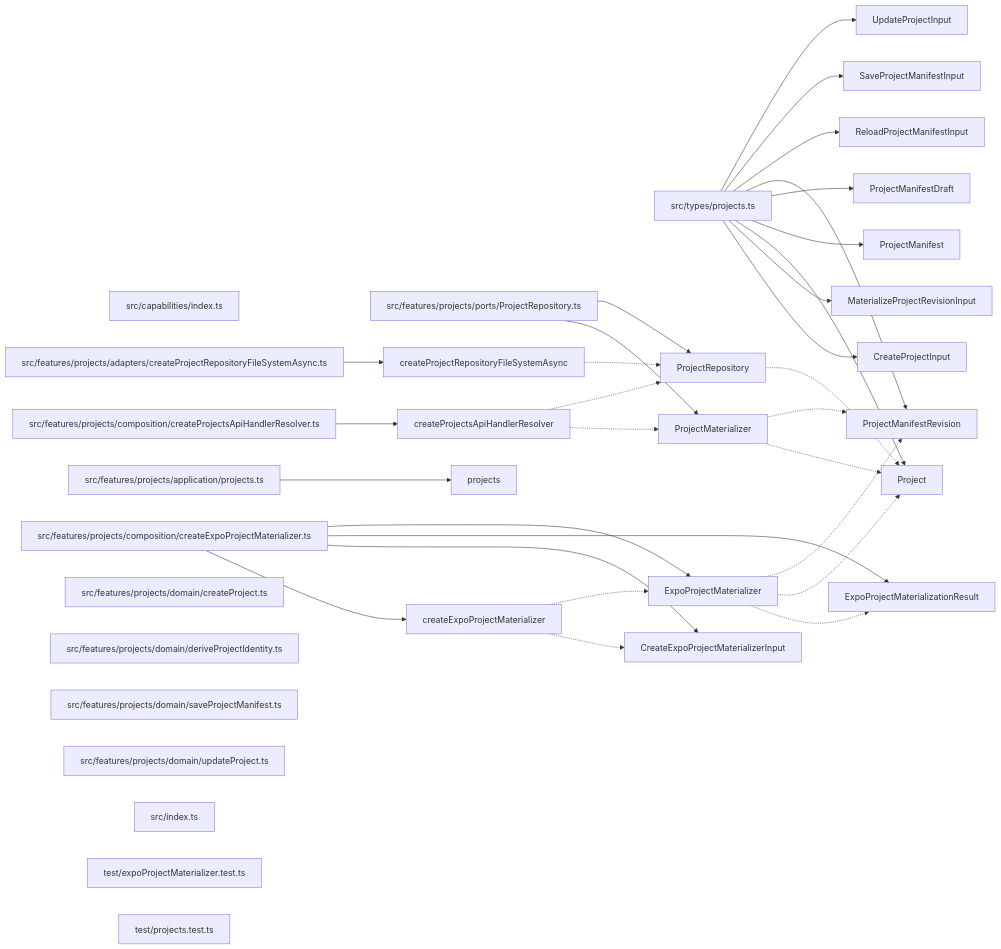
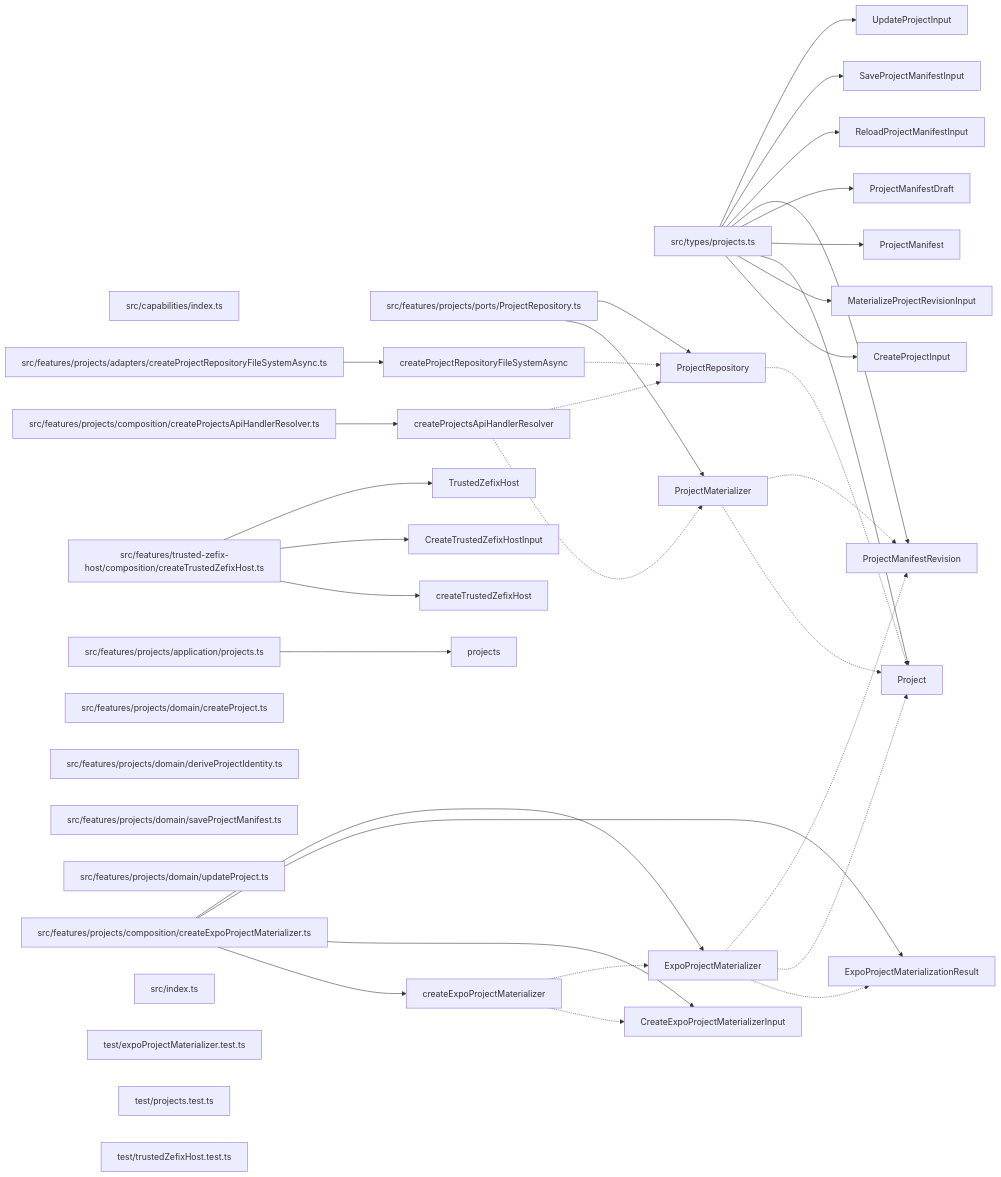
The diagram in paradox/diagrams/export-graph.mmd (ankhorage/projects), drawn with Mermaid before and after one commit. The commit also changed 13 other files, not shown here.

```diff
--- a/paradox/diagrams/export-graph.mmd
+++ b/paradox/diagrams/export-graph.mmd
@@ -1,62 +1,70 @@
 graph LR
   module_src_capabilities_index_ts["src/capabilities/index.ts"]
   module_src_features_projects_adapters_createProjectRepositoryFileSystemAsync_ts["src/features/projects/adapters/createProjectRepositoryFileSystemAsync.ts"]
   module_src_features_projects_application_projects_ts["src/features/projects/application/projects.ts"]
   module_src_features_projects_composition_createExpoProjectMaterializer_ts["src/features/projects/composition/createExpoProjectMaterializer.ts"]
   module_src_features_projects_composition_createProjectsApiHandlerResolver_ts["src/features/projects/composition/createProjectsApiHandlerResolver.ts"]
   module_src_features_projects_domain_createProject_ts["src/features/projects/domain/createProject.ts"]
   module_src_features_projects_domain_deriveProjectIdentity_ts["src/features/projects/domain/deriveProjectIdentity.ts"]
   module_src_features_projects_domain_saveProjectManifest_ts["src/features/projects/domain/saveProjectManifest.ts"]
   module_src_features_projects_domain_updateProject_ts["src/features/projects/domain/updateProject.ts"]
   module_src_features_projects_ports_ProjectRepository_ts["src/features/projects/ports/ProjectRepository.ts"]
+  module_src_features_trusted_zefix_host_composition_createTrustedZefixHost_ts["src/features/trusted-zefix-host/composition/createTrustedZefixHost.ts"]
   module_src_index_ts["src/index.ts"]
   module_src_types_projects_ts["src/types/projects.ts"]
   module_test_expoProjectMaterializer_test_ts["test/expoProjectMaterializer.test.ts"]
   module_test_projects_test_ts["test/projects.test.ts"]
+  module_test_trustedZefixHost_test_ts["test/trustedZefixHost.test.ts"]
   export_createExpoProjectMaterializer["createExpoProjectMaterializer"]
   module_src_features_projects_composition_createExpoProjectMaterializer_ts --> export_createExpoProjectMaterializer
   export_createExpoProjectMaterializer -.-> export_CreateExpoProjectMaterializerInput
   export_createExpoProjectMaterializer -.-> export_ExpoProjectMaterializer
   export_CreateExpoProjectMaterializerInput["CreateExpoProjectMaterializerInput"]
   module_src_features_projects_composition_createExpoProjectMaterializer_ts --> export_CreateExpoProjectMaterializerInput
   export_CreateProjectInput["CreateProjectInput"]
   module_src_types_projects_ts --> export_CreateProjectInput
   export_createProjectRepositoryFileSystemAsync["createProjectRepositoryFileSystemAsync"]
   module_src_features_projects_adapters_createProjectRepositoryFileSystemAsync_ts --> export_createProjectRepositoryFileSystemAsync
   export_createProjectRepositoryFileSystemAsync -.-> export_ProjectRepository
   export_createProjectsApiHandlerResolver["createProjectsApiHandlerResolver"]
   module_src_features_projects_composition_createProjectsApiHandlerResolver_ts --> export_createProjectsApiHandlerResolver
   export_createProjectsApiHandlerResolver -.-> export_ProjectMaterializer
   export_createProjectsApiHandlerResolver -.-> export_ProjectRepository
+  export_createTrustedZefixHost["createTrustedZefixHost"]
+  module_src_features_trusted_zefix_host_composition_createTrustedZefixHost_ts --> export_createTrustedZefixHost
+  export_CreateTrustedZefixHostInput["CreateTrustedZefixHostInput"]
+  module_src_features_trusted_zefix_host_composition_createTrustedZefixHost_ts --> export_CreateTrustedZefixHostInput
   export_ExpoProjectMaterializationResult["ExpoProjectMaterializationResult"]
   module_src_features_projects_composition_createExpoProjectMaterializer_ts --> export_ExpoProjectMaterializationResult
   export_ExpoProjectMaterializer["ExpoProjectMaterializer"]
   module_src_features_projects_composition_createExpoProjectMaterializer_ts --> export_ExpoProjectMaterializer
   export_ExpoProjectMaterializer -.-> export_ExpoProjectMaterializationResult
   export_ExpoProjectMaterializer -.-> export_Project
   export_ExpoProjectMaterializer -.-> export_ProjectManifestRevision
   export_MaterializeProjectRevisionInput["MaterializeProjectRevisionInput"]
   module_src_types_projects_ts --> export_MaterializeProjectRevisionInput
   export_Project["Project"]
   module_src_types_projects_ts --> export_Project
   export_ProjectManifest["ProjectManifest"]
   module_src_types_projects_ts --> export_ProjectManifest
   export_ProjectManifestDraft["ProjectManifestDraft"]
   module_src_types_projects_ts --> export_ProjectManifestDraft
   export_ProjectManifestRevision["ProjectManifestRevision"]
   module_src_types_projects_ts --> export_ProjectManifestRevision
   export_ProjectMaterializer["ProjectMaterializer"]
   module_src_features_projects_ports_ProjectRepository_ts --> export_ProjectMaterializer
   export_ProjectMaterializer -.-> export_Project
   export_ProjectMaterializer -.-> export_ProjectManifestRevision
   export_ProjectRepository["ProjectRepository"]
   module_src_features_projects_ports_ProjectRepository_ts --> export_ProjectRepository
   export_ProjectRepository -.-> export_Project
   export_projects["projects"]
   module_src_features_projects_application_projects_ts --> export_projects
   export_ReloadProjectManifestInput["ReloadProjectManifestInput"]
   module_src_types_projects_ts --> export_ReloadProjectManifestInput
   export_SaveProjectManifestInput["SaveProjectManifestInput"]
   module_src_types_projects_ts --> export_SaveProjectManifestInput
+  export_TrustedZefixHost["TrustedZefixHost"]
+  module_src_features_trusted_zefix_host_composition_createTrustedZefixHost_ts --> export_TrustedZefixHost
   export_UpdateProjectInput["UpdateProjectInput"]
   module_src_types_projects_ts --> export_UpdateProjectInput
```
